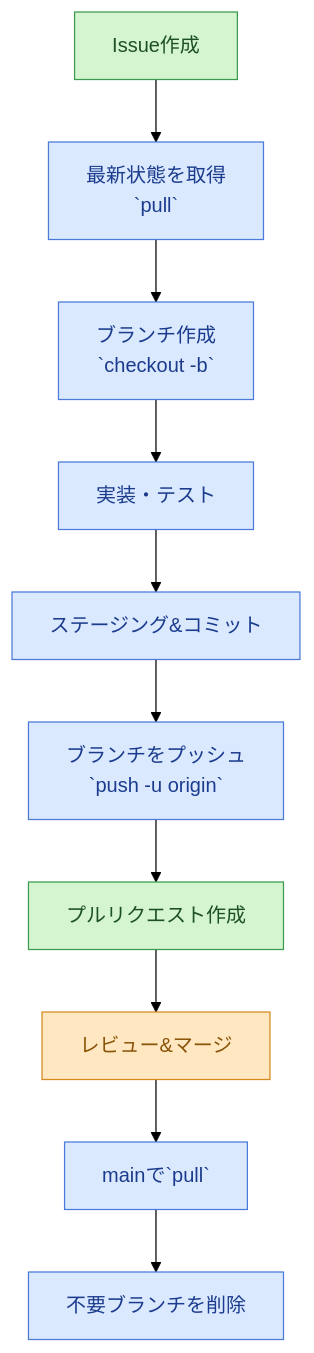
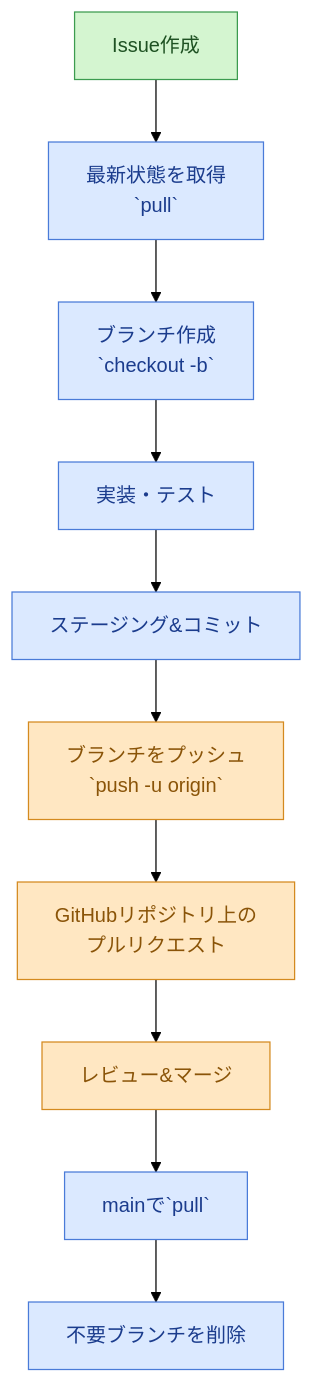
The first of 2 diagrams in GitHubの練習/GitHub練習ガイド.md (KazukiUrano/git-practice), drawn with Mermaid (forest theme) before and after one commit. The commit also changed other lines of this file, not shown here.

Commit message:
Update GitHub練習ガイド

````diff
--- a/GitHubの練習/GitHub練習ガイド.md
+++ b/GitHubの練習/GitHub練習ガイド.md
@@ -24,21 +23,20 @@
 ```mermaid
-flowchart TD
+graph TD
     A[Issue作成] --> B[最新状態を取得<br>`pull`]
     B --> C[ブランチ作成<br>`checkout -b`]
     C --> D[実装・テスト]
     D --> E[ステージング&コミット]
     E --> F[ブランチをプッシュ<br>`push -u origin`]
-    F --> G[プルリクエスト作成]
+    F --> G[GitHubリポジトリ上の<br>プルリクエスト]
     G --> H[レビュー&マージ]
     H --> I[mainで`pull`]
     I --> J[不要ブランチを削除]
 
     classDef humanNode fill:#dbe9ff,stroke:#4a7bd8,color:#1b3c8d
     classDef mcpNode fill:#d4f5d0,stroke:#3c9b4f,color:#1e5122
     classDef githubNode fill:#ffe7c2,stroke:#d48a1f,color:#8a5408
 
     class A mcpNode
-    class B,C,D,E,F,I,J humanNode
-    class G mcpNode
-    class H githubNode
+    class B,C,D,E,I,J humanNode
+    class F,G,H githubNode
 ```
````
